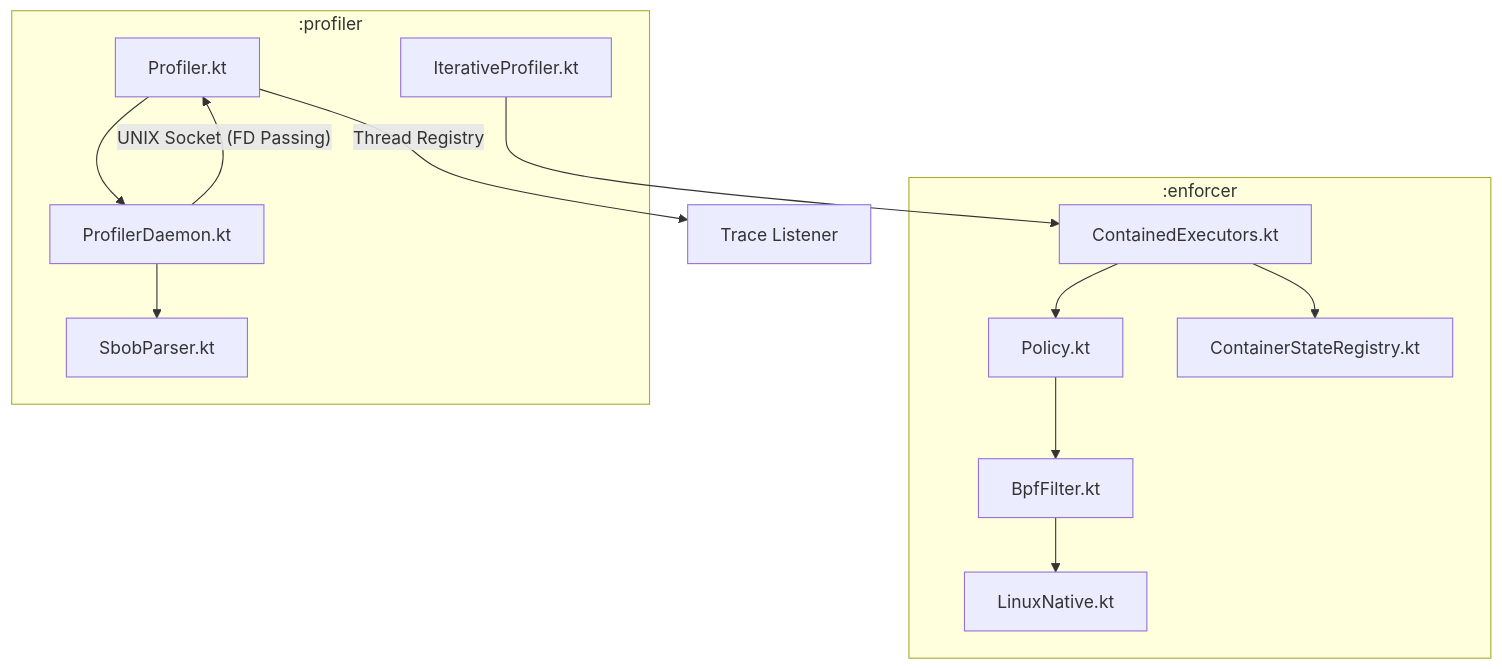
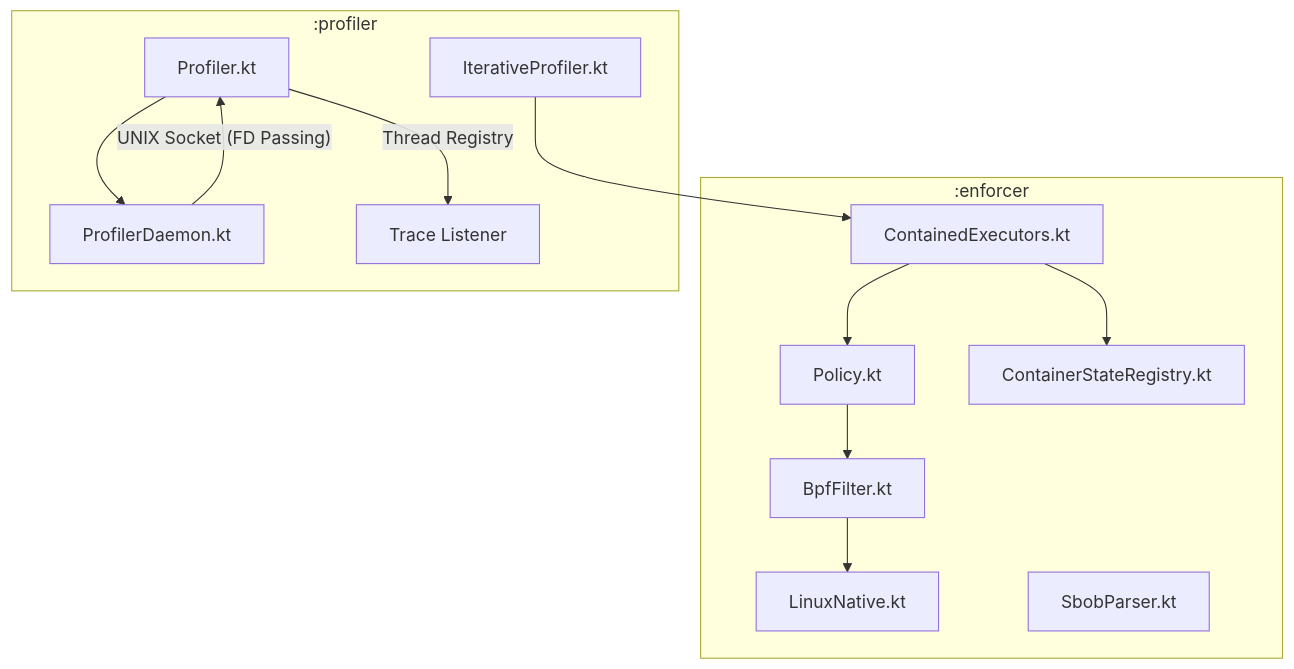
One commit to Pilleo/jseccomp changed the second of 2 diagrams in docs/internals/architectural_map.md. Above: the diagram before and after it, drawn with Mermaid. The commit also changed other lines of this file and 1 other file, not shown here.

Commit message:
Update architectural documentation and diagrams
- Correct Profiler Daemon type and Trace Listener ACK flow in
  architectural_map.md
- Refine Mermaid graph structure in architectural_map.md
- Update BPF instruction offset comments in containment_design.md
- Correct PROCESS_ALLOWS_MMAP_EXEC type to AtomicBoolean in
  containment_design.md

````diff
--- a/docs/internals/architectural_map.md
+++ b/docs/internals/architectural_map.md
@@ -56,18 +56,19 @@
 ```mermaid
 graph TD
-    subgraph ":enforcer"
+    subgraph enforcer [":enforcer"]
         A[Policy.kt] --> B[BpfFilter.kt]
         B --> C[LinuxNative.kt]
         D[ContainedExecutors.kt] --> A
         D --> E[ContainerStateRegistry.kt]
+        H[SbobParser.kt]
     end
 
-    subgraph ":profiler"
+    subgraph profiler [":profiler"]
         F[Profiler.kt] --> G[ProfilerDaemon.kt]
-        G --> H[SbobParser.kt]
         I[IterativeProfiler.kt] --> D
+        J[Trace Listener]
     end
 
     G -- "UNIX Socket (FD Passing)" --> F
-    F -- "Thread Registry" --> J[Trace Listener]
+    F -- "Thread Registry" --> J
 ```
````
